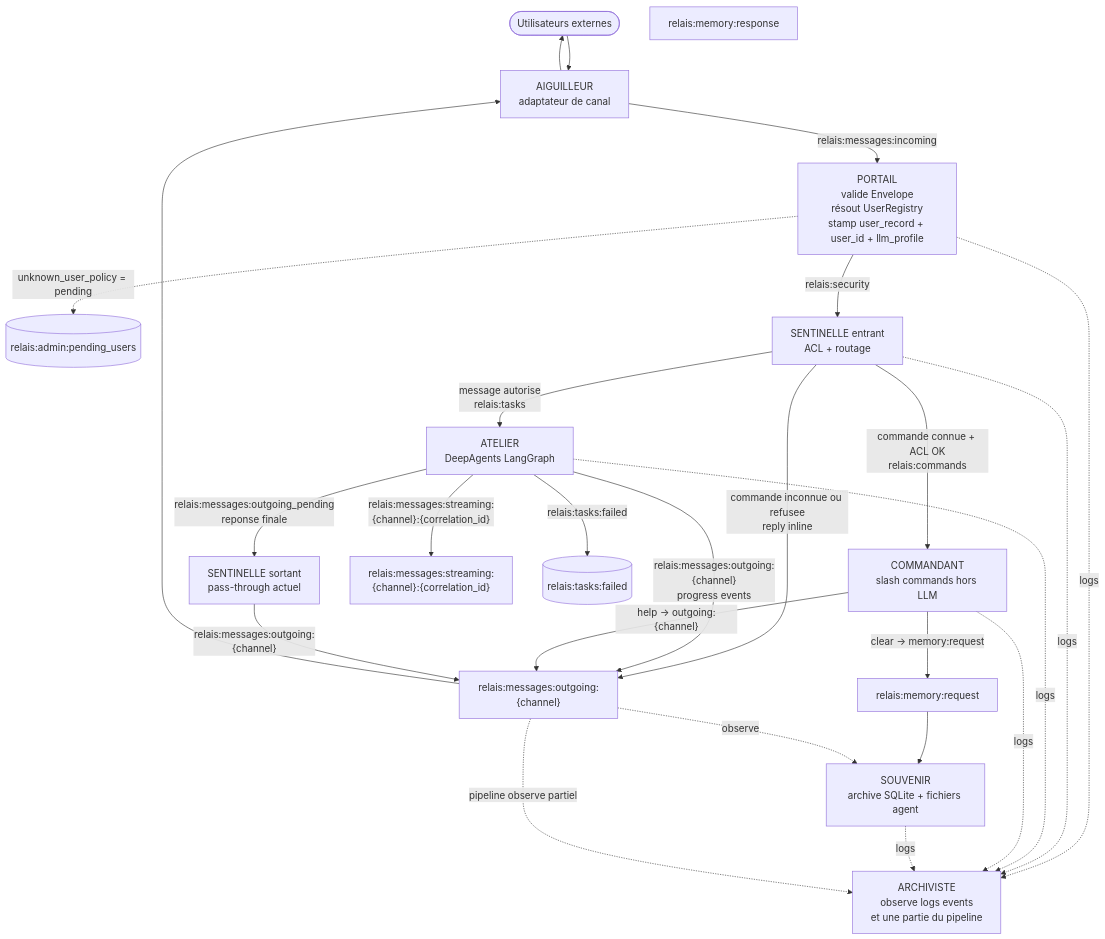
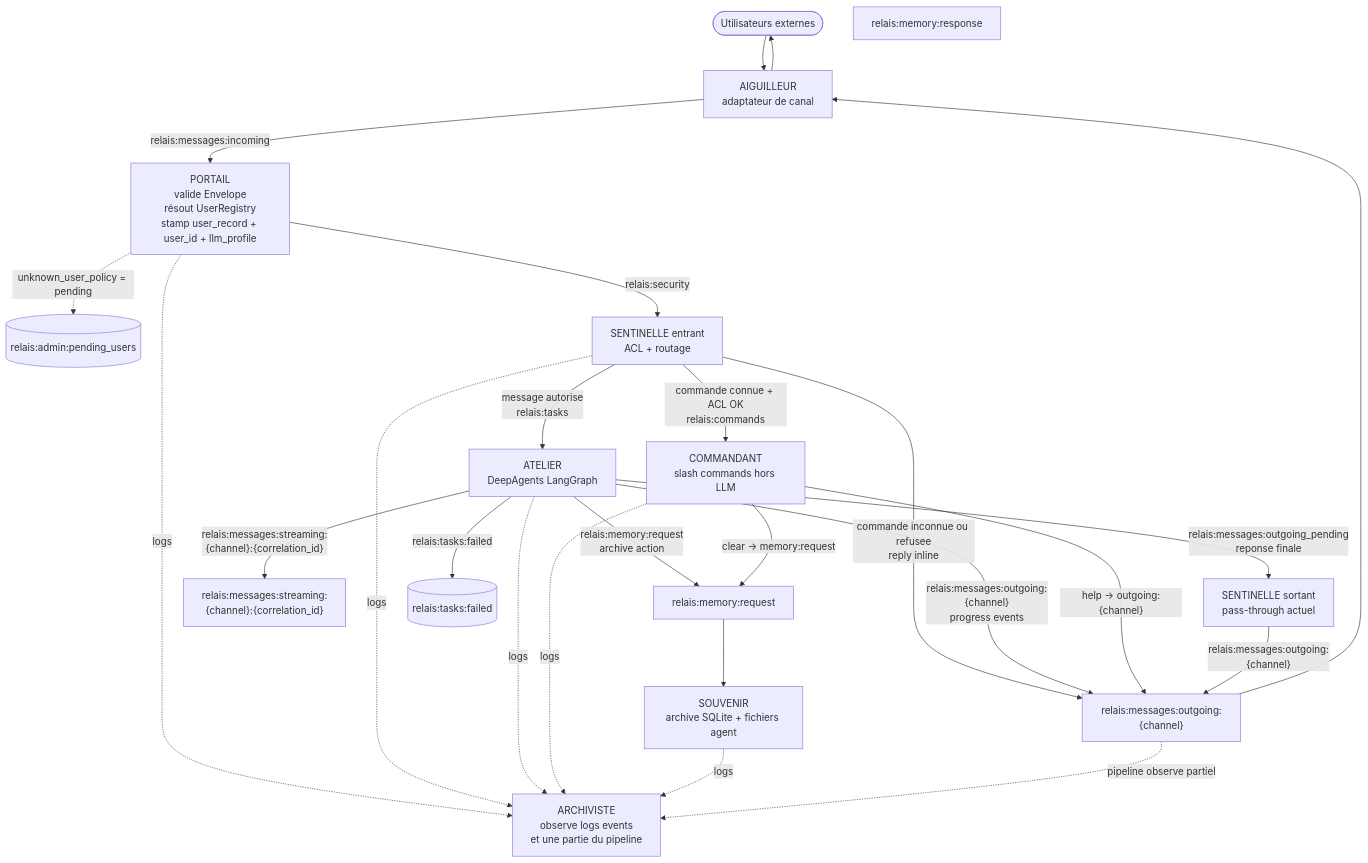
Before and after one commit to cyberbobjr/relais: the diagram in README.md, drawn with Mermaid. The commit also changed other lines of this file and 3 other files, not shown here.

First line of the commit message:
docs(souvenir+atelier): align docs with messages_raw refactor

````diff
--- a/README.md
+++ b/README.md
@@ -27,50 +27,49 @@
 ```mermaid
 flowchart TD
     USERS([Utilisateurs externes])
   AIG["AIGUILLEUR<br/>adaptateur de canal"]
   PORTAIL["PORTAIL<br/>valide Envelope<br/>résout UserRegistry<br/>stamp user_record + user_id + llm_profile"]
     PENDING[(relais:admin:pending_users)]
   SENT_IN["SENTINELLE entrant<br/>ACL + routage"]
   ATELIER["ATELIER<br/>DeepAgents LangGraph"]
   COMMANDANT["COMMANDANT<br/>slash commands hors LLM"]
   SOUVENIR["SOUVENIR<br/>archive SQLite + fichiers agent"]
   SENT_OUT["SENTINELLE sortant<br/>pass-through actuel"]
     OUT["relais:messages:outgoing:{channel}"]
     STREAM["relais:messages:streaming:{channel}:{correlation_id}"]
     MEM_REQ[relais:memory:request]
     MEM_RES[relais:memory:response]
     DLQ[(relais:tasks:failed)]
     ARCHIVISTE["ARCHIVISTE<br/>observe logs events<br/>et une partie du pipeline"]
 
     USERS --> AIG
     AIG -->|"relais:messages:incoming"| PORTAIL
 
     PORTAIL -->|"relais:security"| SENT_IN
     PORTAIL -.->|"unknown_user_policy = pending"| PENDING
 
     SENT_IN -->|"message autorise<br/>relais:tasks"| ATELIER
     SENT_IN -->|"commande connue + ACL OK<br/>relais:commands"| COMMANDANT
     SENT_IN -->|"commande inconnue ou refusee<br/>reply inline"| OUT
 
     ATELIER -->|"relais:messages:streaming:{channel}:{correlation_id}"| STREAM
     ATELIER -->|"relais:messages:outgoing_pending<br/>reponse finale"| SENT_OUT
     ATELIER -->|"relais:messages:outgoing:{channel}<br/>progress events"| OUT
+    ATELIER -->|"relais:memory:request<br/>archive action"| MEM_REQ
     ATELIER -->|"relais:tasks:failed"| DLQ
 
     COMMANDANT -->|"help -> outgoing:{channel}"| OUT
     COMMANDANT -->|"clear -> memory:request"| MEM_REQ
     MEM_REQ --> SOUVENIR
 
     SENT_OUT -->|"relais:messages:outgoing:{channel}"| OUT
     OUT --> AIG
     AIG --> USERS
 
-    OUT -. observe .-> SOUVENIR
-
     PORTAIL -. logs .-> ARCHIVISTE
     SENT_IN -. logs .-> ARCHIVISTE
     ATELIER -. logs .-> ARCHIVISTE
     COMMANDANT -. logs .-> ARCHIVISTE
     SOUVENIR -. logs .-> ARCHIVISTE
     OUT -. pipeline observe partiel .-> ARCHIVISTE
 ```
````
